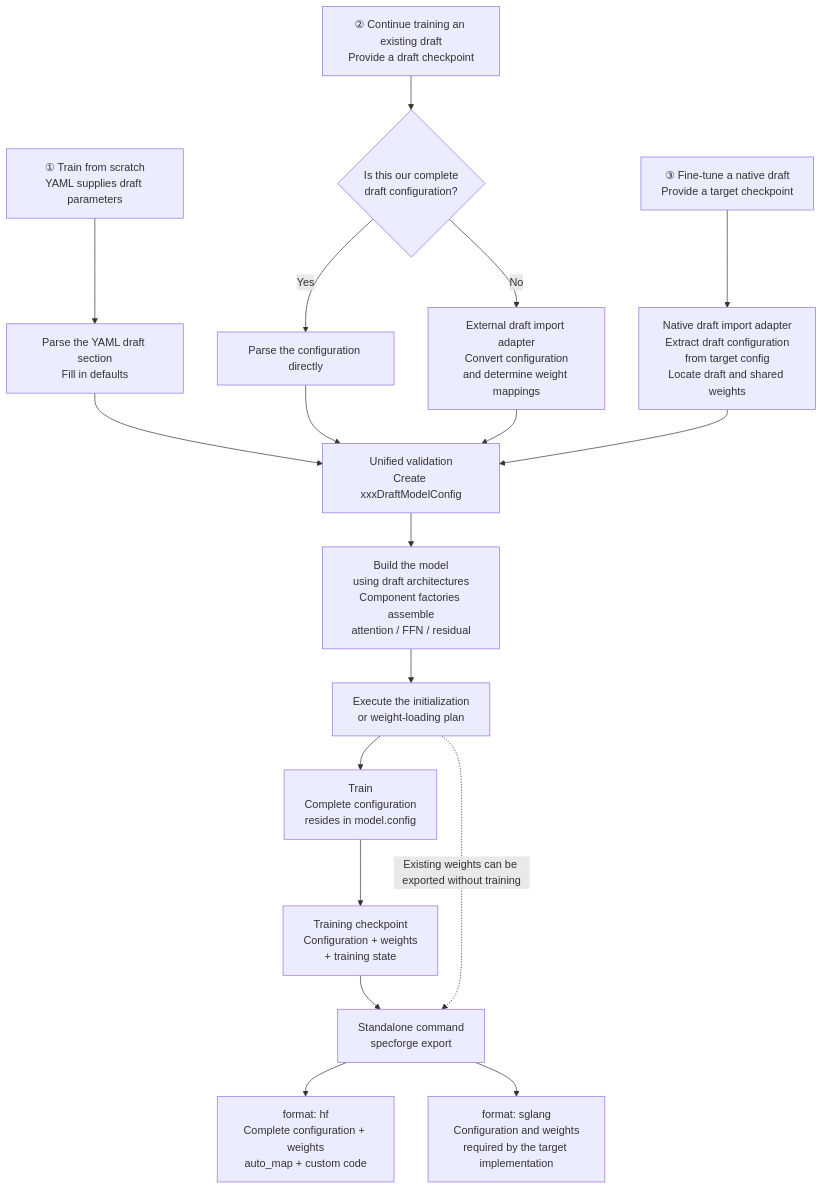
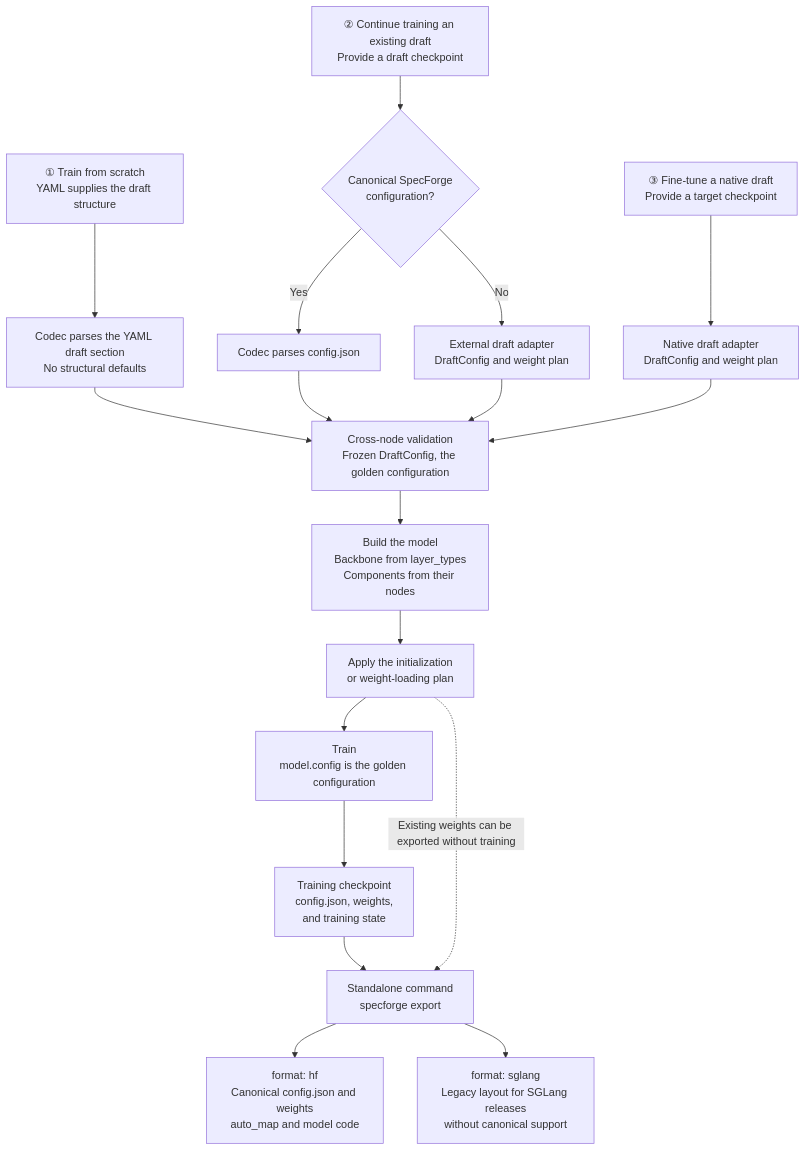
The first of 2 diagrams in docs/config_usage_graph-eng.md (sgl-project/SpecForge), drawn with Mermaid before and after one commit. The commit also changed other lines of this file and 1 other file, not shown here.

First line of the commit message:
docs: restructure draft config and model design docs

````diff
--- a/docs/config_usage_graph-eng.md
+++ b/docs/config_usage_graph-eng.md
@@ -9,27 +15,27 @@
 ```mermaid
 flowchart TB
-    A["① Train from scratch<br/>YAML supplies draft parameters"]
+    A["① Train from scratch<br/>YAML supplies the draft structure"]
     B["② Continue training an existing draft<br/>Provide a draft checkpoint"]
     C["③ Fine-tune a native draft<br/>Provide a target checkpoint"]
 
-    A --> A1["Parse the YAML draft section<br/>Fill in defaults"]
-    B --> B1{"Is this our complete<br/>draft configuration?"}
-    B1 -->|Yes| B2["Parse the configuration directly"]
-    B1 -->|No| B3["External draft import adapter<br/>Convert configuration<br/>and determine weight mappings"]
-    C --> C1["Native draft import adapter<br/>Extract draft configuration<br/>from target config<br/>Locate draft and shared weights"]
+    A --> A1["Codec parses the YAML draft section<br/>No structural defaults"]
+    B --> B1{"Canonical SpecForge<br/>configuration?"}
+    B1 -->|Yes| B2["Codec parses config.json"]
+    B1 -->|No| B3["External draft adapter<br/>DraftConfig and weight plan"]
+    C --> C1["Native draft adapter<br/>DraftConfig and weight plan"]
 
-    A1 --> D["Unified validation<br/>Create xxxDraftModelConfig"]
+    A1 --> D["Cross-node validation<br/>Frozen DraftConfig, the golden configuration"]
     B2 --> D
     B3 --> D
     C1 --> D
 
-    D --> E["Build the model<br/>using draft architectures<br/>Component factories assemble<br/>attention / FFN / residual"]
-    E --> F["Execute the initialization<br/>or weight-loading plan"]
-    F --> G["Train<br/>Complete configuration<br/>resides in model.config"]
-    G --> H["Training checkpoint<br/>Configuration + weights<br/>+ training state"]
+    D --> E["Build the model<br/>Backbone from layer_types<br/>Components from their nodes"]
+    E --> F["Apply the initialization<br/>or weight-loading plan"]
+    F --> G["Train<br/>model.config is the golden configuration"]
+    G --> H["Training checkpoint<br/>config.json, weights,<br/>and training state"]
 
     H --> I["Standalone command<br/>specforge export"]
     F -. "Existing weights can be exported without training" .-> I
-    I --> J["format: hf<br/>Complete configuration + weights<br/>auto_map + custom code"]
-    I --> K["format: sglang<br/>Configuration and weights<br/>required by the target implementation"]
+    I --> J["format: hf<br/>Canonical config.json and weights<br/>auto_map and model code"]
+    I --> K["format: sglang<br/>Legacy layout for SGLang releases<br/>without canonical support"]
 ```
````
